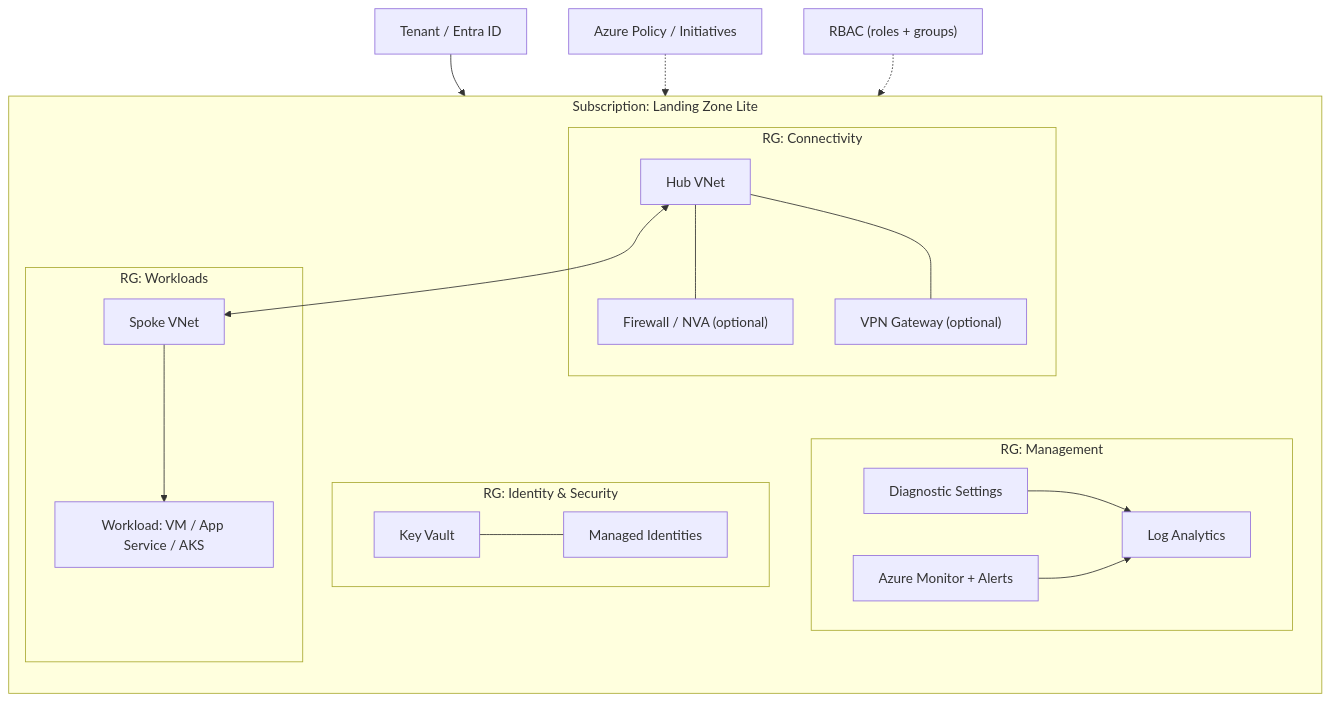
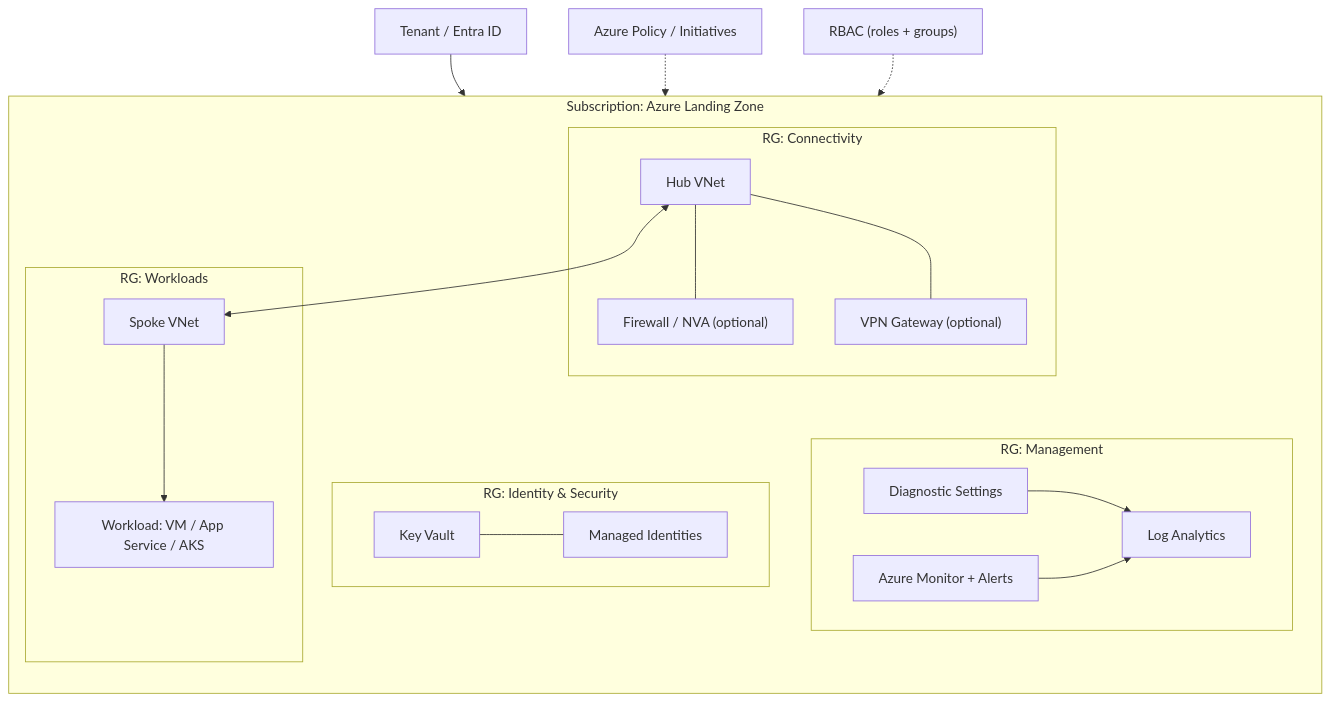
The diagram in README.md (SebastianCichonski/Azure-Landing-Zone), drawn with Mermaid before and after one commit. The commit also changed other lines of this file, not shown here.

Commit message:
docs(readme): change diagram

````diff
--- a/README.md
+++ b/README.md
@@ -54,42 +51,42 @@
 ```mermaid
 flowchart TB
-  A["Tenant / Entra ID"] --> B["Subscription: Landing Zone Lite"]
+  A["Tenant / Entra ID"] --> B["Subscription: Azure Landing Zone"]
 
-  subgraph B["Subscription: Landing Zone Lite"]
+  subgraph B["Subscription: Azure Landing Zone"]
     direction TB
 
     subgraph RG1["RG: Connectivity"]
       H["Hub VNet"]
       FW["Firewall / NVA (optional)"]
       VPN["VPN Gateway (optional)"]
       H --- FW
       H --- VPN
     end
 
     subgraph RG2["RG: Management"]
       LA["Log Analytics"]
       AM["Azure Monitor + Alerts"]
       DIAG["Diagnostic Settings"]
       DIAG --> LA
       AM --> LA
     end
 
     subgraph RG3["RG: Identity & Security"]
       KV["Key Vault"]
       MI["Managed Identities"]
       KV --- MI
     end
 
     subgraph RG4["RG: Workloads"]
       S["Spoke VNet"]
       APP["Workload: VM / App Service / AKS"]
       S --> APP
     end
 
     H <--> S
   end
 
   P["Azure Policy / Initiatives"] -.-> B
   R["RBAC (roles + groups)"] -.-> B
 
 ```
````
